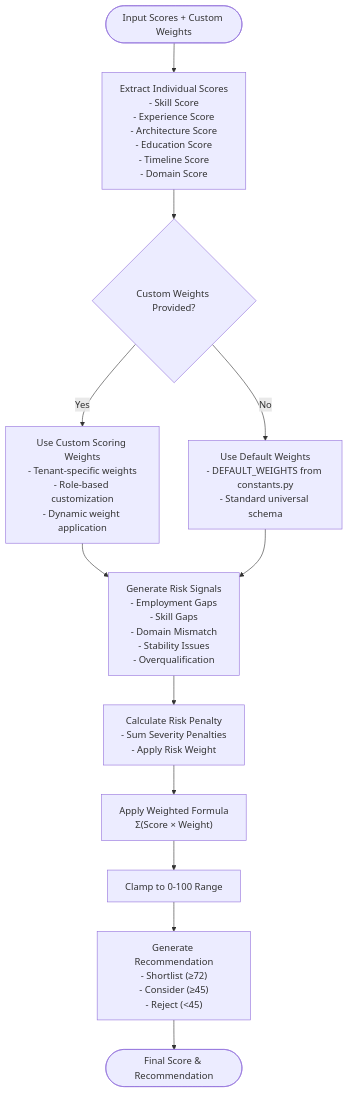
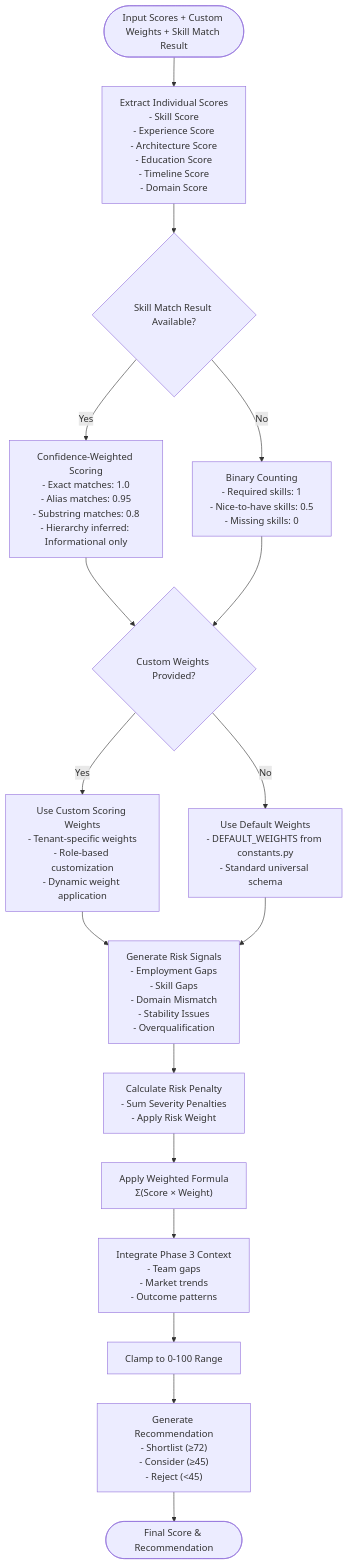
One commit to Revanththetalogics/aireume changed the second of 16 diagrams in .qoder/repowiki/en/content/Analysis Engine/Fit Scoring System.md. Above: the diagram before and after it, drawn with Mermaid. The commit also changed other lines of this file and 14 other files, not shown here.

````diff
--- a/.qoder/repowiki/en/content/Analysis Engine/Fit Scoring System.md
+++ b/.qoder/repowiki/en/content/Analysis Engine/Fit Scoring System.md
@@ -131,14 +187,19 @@
 ```mermaid
 flowchart TD
-Start([Input Scores + Custom Weights]) --> Extract["Extract Individual Scores<br/>- Skill Score<br/>- Experience Score<br/>- Architecture Score<br/>- Education Score<br/>- Timeline Score<br/>- Domain Score"]
-Extract --> WeightSelection{"Custom Weights Provided?"}
+Start([Input Scores + Custom Weights + Skill Match Result]) --> Extract["Extract Individual Scores<br/>- Skill Score<br/>- Experience Score<br/>- Architecture Score<br/>- Education Score<br/>- Timeline Score<br/>- Domain Score"]
+Extract --> SkillIntegration{"Skill Match Result Available?"}
+SkillIntegration --> |Yes| ConfidenceWeighted["Confidence-Weighted Scoring<br/>- Exact matches: 1.0<br/>- Alias matches: 0.95<br/>- Substring matches: 0.8<br/>- Hierarchy inferred: Informational only"]
+SkillIntegration --> |No| BinaryScoring["Binary Counting<br/>- Required skills: 1<br/>- Nice-to-have skills: 0.5<br/>- Missing skills: 0"]
+ConfidenceWeighted --> WeightSelection{"Custom Weights Provided?"}
+BinaryScoring --> WeightSelection
 WeightSelection --> |Yes| UseCustom["Use Custom Scoring Weights<br/>- Tenant-specific weights<br/>- Role-based customization<br/>- Dynamic weight application"]
 WeightSelection --> |No| UseDefault["Use Default Weights<br/>- DEFAULT_WEIGHTS from constants.py<br/>- Standard universal schema"]
 UseCustom --> RiskSignals["Generate Risk Signals<br/>- Employment Gaps<br/>- Skill Gaps<br/>- Domain Mismatch<br/>- Stability Issues<br/>- Overqualification"]
 UseDefault --> RiskSignals
 RiskSignals --> RiskPenalty["Calculate Risk Penalty<br/>- Sum Severity Penalties<br/>- Apply Risk Weight"]
 RiskPenalty --> WeightedSum["Apply Weighted Formula<br/>Σ(Score × Weight)"]
-WeightedSum --> Clamp["Clamp to 0-100 Range"]
+WeightedSum --> Phase3Context["Integrate Phase 3 Context<br/>- Team gaps<br/>- Market trends<br/>- Outcome patterns"]
+Phase3Context --> Clamp["Clamp to 0-100 Range"]
 Clamp --> Decision["Generate Recommendation<br/>- Shortlist (≥72)<br/>- Consider (≥45)<br/>- Reject (<45)"]
 Decision --> Output([Final Score & Recommendation])
 ```
````
